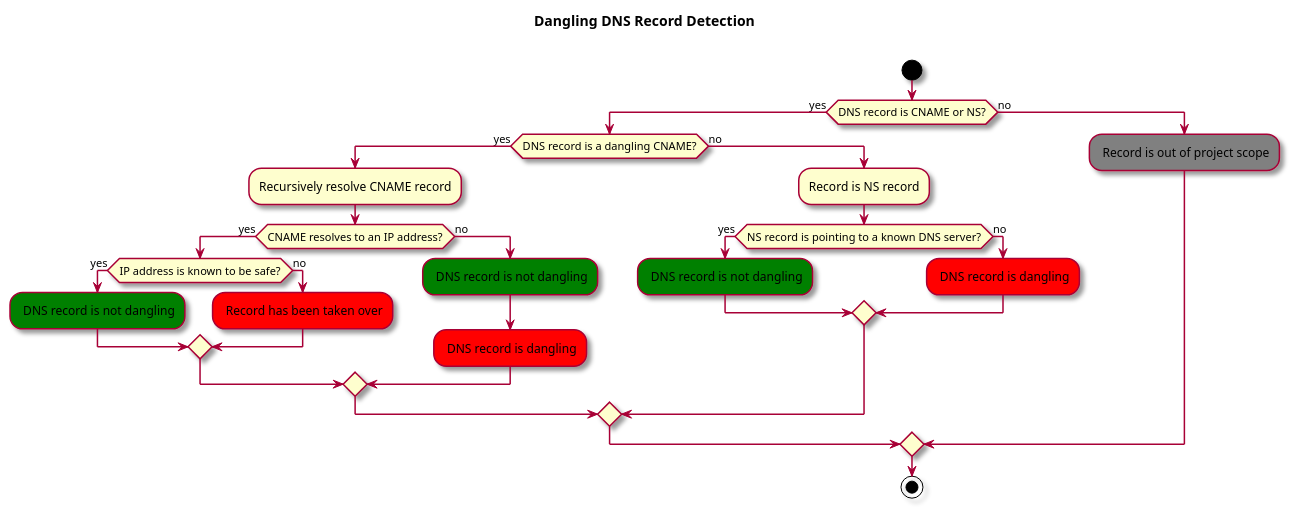
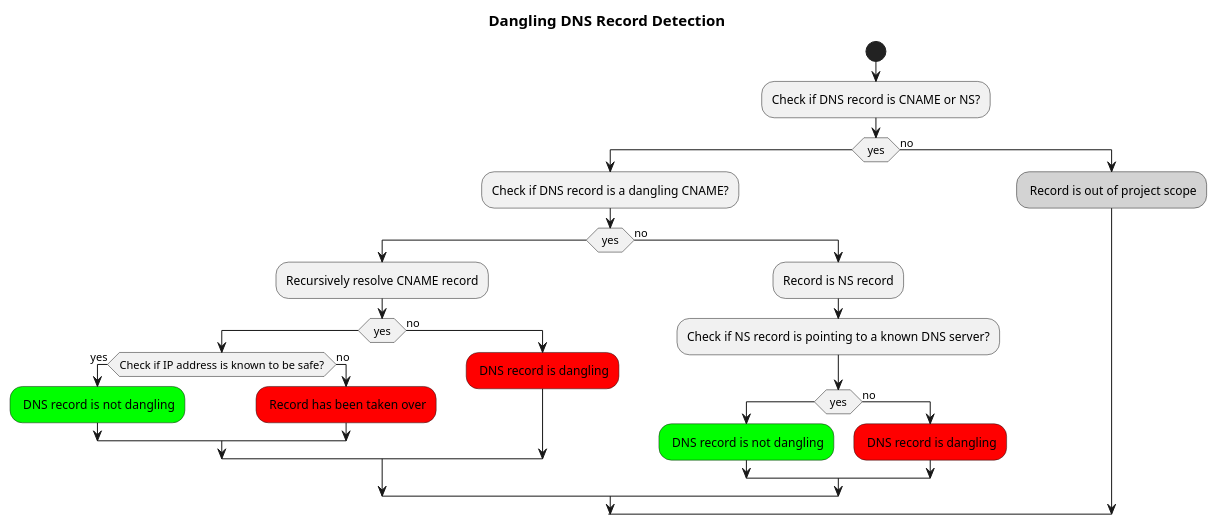
One commit to cjay-morris/dns-fyp changed the diagram in danglingRecordDetection.puml. Above: the diagram before and after it, drawn with PlantUML. The commit also changed 2 other files, not shown here.

Commit message:
feat: add plantuml diagram

```diff
--- a/danglingRecordDetection.puml
+++ b/danglingRecordDetection.puml
@@ -1,36 +1,39 @@
 @startuml
 
-skin rose
+skinparam titleFontSize 15
+skinparam actorFontSize 14
+skinparam shadowing false
+skinparam ConditionEndStyle hline
 
-title Dangling DNS Record Detection \n
+title Dangling DNS Record Detection
 
 start
 
-if (DNS record is CNAME or NS?) then  (yes)
-    if (DNS record is a dangling CNAME?) then (yes)
+:Check if DNS record is CNAME or NS?;
+if (yes) then
+    :Check if DNS record is a dangling CNAME?;
+    if (yes) then
         :Recursively resolve CNAME record;
-        if (CNAME resolves to an IP address?) then (yes)
-            if (IP address is known to be safe?) then (yes)
-                #Green: DNS record is not dangling;
+        if (yes) then
+            if (Check if IP address is known to be safe?) then (yes)
+                #00FF00: DNS record is not dangling;
             else (no)
-                #Red: Record has been taken over;
+                #FF0000: Record has been taken over;
             endif
         else (no)
-            #Green: DNS record is not dangling;
-        #Red: DNS record is dangling;
+            #FF0000: DNS record is dangling;
         endif
     else (no)
         :Record is NS record;
-        if (NS record is pointing to a known DNS server?) then (yes)
-            #Green: DNS record is not dangling;
+        :Check if NS record is pointing to a known DNS server?;
+        if (yes) then
+            #00FF00: DNS record is not dangling;
         else (no)
-            #Red: DNS record is dangling;
+            #FF0000: DNS record is dangling;
         endif
     endif
 else (no)
-    #Grey: Record is out of project scope;
+    #D3D3D3: Record is out of project scope;
 endif
 
-stop
-
 @enduml
```
